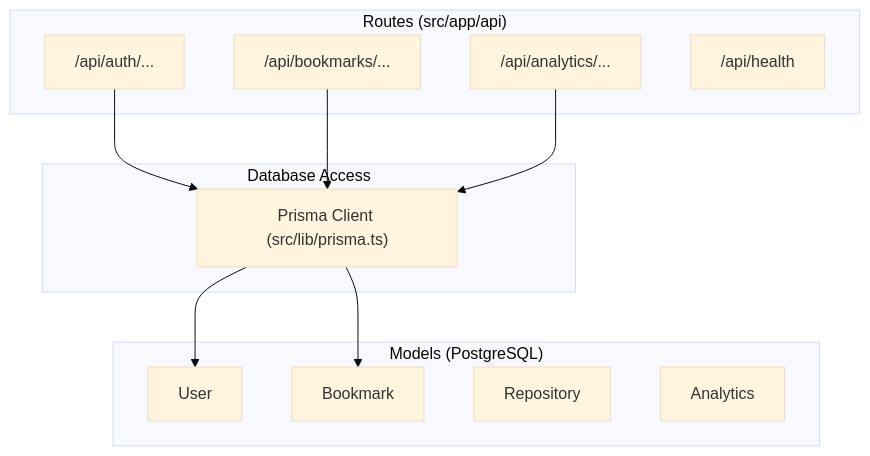
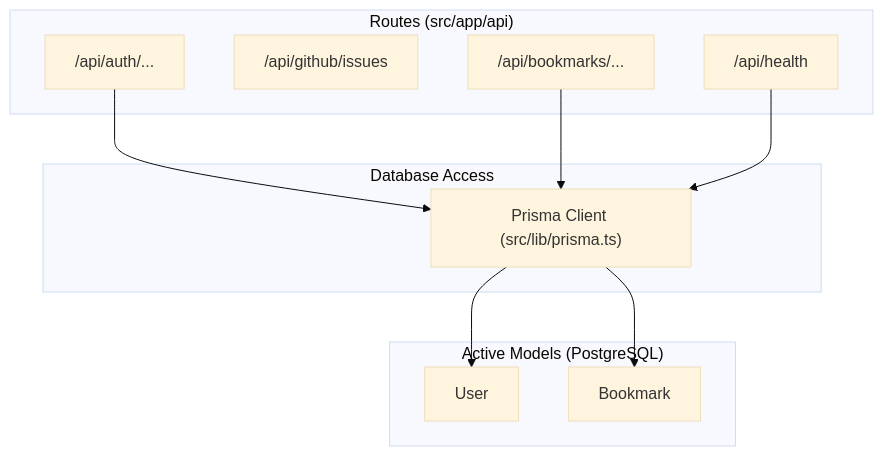
The fourth of 6 diagrams in docs/architecture.md (krikera/first-issues-platform), drawn with Mermaid (base theme) before and after one commit. The commit also changed other lines of this file and 74 other files, not shown here.

````diff
--- a/docs/architecture.md
+++ b/docs/architecture.md
@@ -91,27 +90,25 @@
 ```mermaid
 graph TB
     subgraph "Routes (src/app/api)"
         AuthRoutes["/api/auth/..."]
-        AnalyticsRoutes["/api/analytics/..."]
+        GitHubRoutes["/api/github/issues"]
         BookmarksRoutes["/api/bookmarks/..."]
         HealthRoutes["/api/health"]
     end
 
     subgraph "Database Access"
         Prisma["Prisma Client (src/lib/prisma.ts)"]
     end
 
-    subgraph "Models (PostgreSQL)"
+    subgraph "Active Models (PostgreSQL)"
         UserModel["User"]
         BookmarkModel["Bookmark"]
-        RepositoryModel["Repository"]
-        AnalyticsModel["Analytics"]
     end
 
     AuthRoutes --> Prisma
     BookmarksRoutes --> Prisma
-    AnalyticsRoutes --> Prisma
+    HealthRoutes --> Prisma
 
     Prisma --> UserModel
     Prisma --> BookmarkModel
 ```
````
